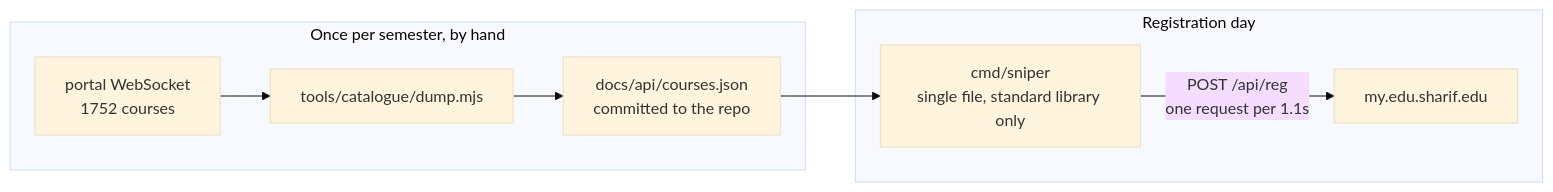
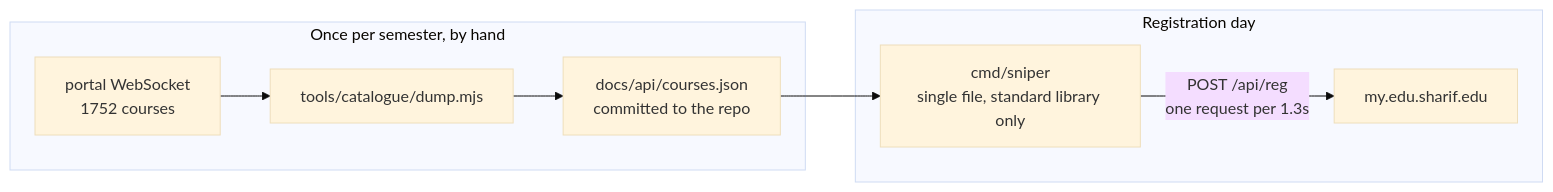
One commit to erfnzdeh/my.edu.sharif.edu-sniper changed the first of 3 diagrams in README.md. Above: the diagram before and after it, drawn with Mermaid (base theme). The commit also changed other lines of this file and 2 other files, not shown here.

````diff
--- a/README.md
+++ b/README.md
@@ -86,12 +86,12 @@
 ```mermaid
 flowchart LR
     subgraph SEM["Once per semester, by hand"]
         WS["portal WebSocket<br/>1752 courses"] --> DUMP["tools/catalogue/dump.mjs"]
         DUMP --> JSON["docs/api/courses.json<br/>committed to the repo"]
     end
     JSON --> SNIPE
     subgraph DAY["Registration day"]
         SNIPE["cmd/sniper<br/>single file, standard library only"]
-        SNIPE -->|"POST /api/reg<br/>one request per 1.1s"| API["my.edu.sharif.edu"]
+        SNIPE -->|"POST /api/reg<br/>one request per 1.3s"| API["my.edu.sharif.edu"]
     end
 ```
````
